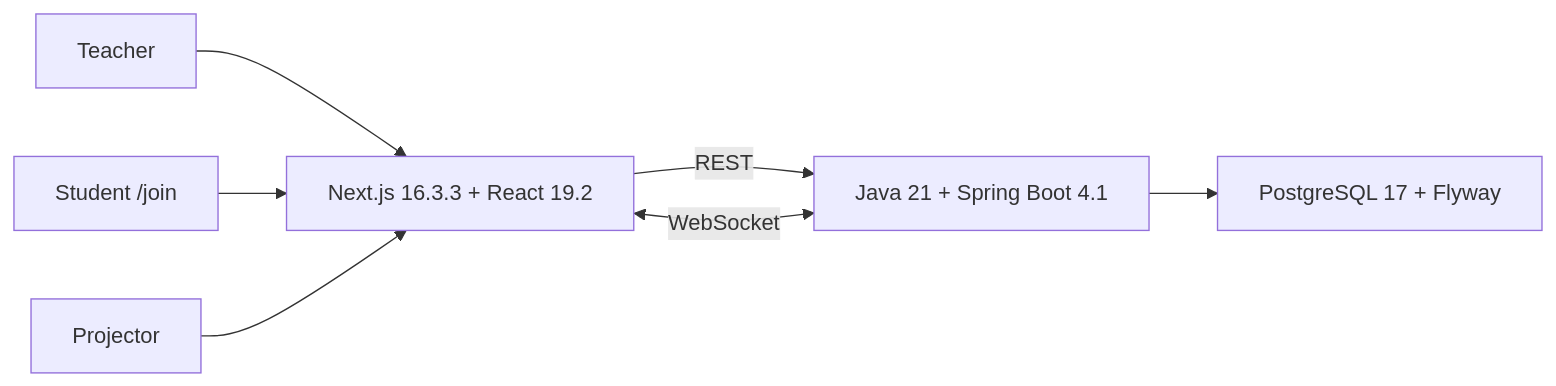
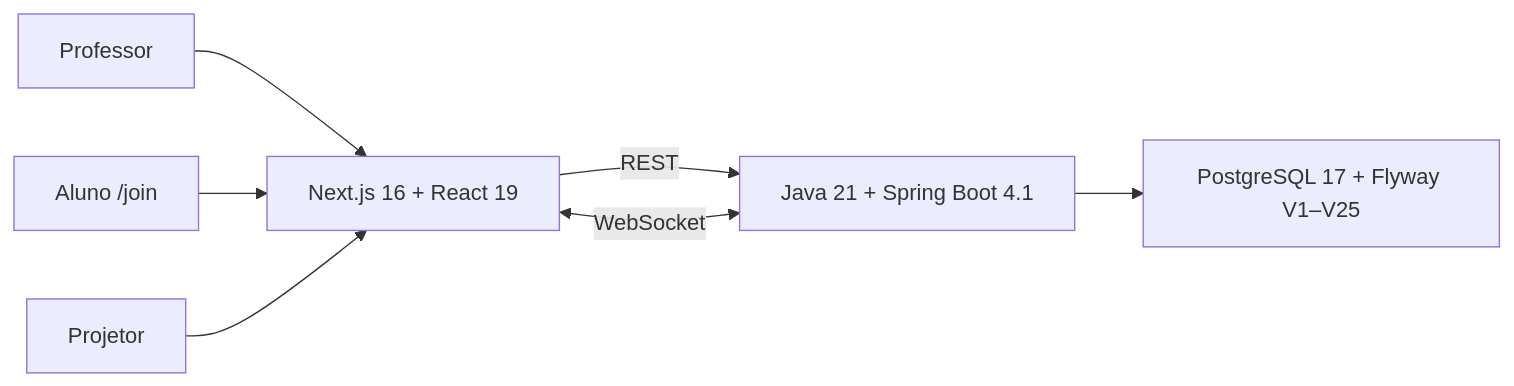
The diagram in README.md (wesscosta/arena-dev), drawn with Mermaid before and after one commit. The commit also changed other lines of this file and 6 other files, not shown here.

````diff
--- a/README.md
+++ b/README.md
@@ -63,9 +112,9 @@
 ```mermaid
 flowchart LR
-    T["Teacher"] --> F["Next.js 16.3.3 + React 19.2"]
-    S["Student /join"] --> F
-    P["Projector"] --> F
+    T["Professor"] --> F["Next.js 16 + React 19"]
+    S["Aluno /join"] --> F
+    P["Projetor"] --> F
     F -->|"REST"| B["Java 21 + Spring Boot 4.1"]
     F <-->|"WebSocket"| B
-    B --> D["PostgreSQL 17 + Flyway"]
+    B --> D["PostgreSQL 17 + Flyway V1–V25"]
 ```
````
